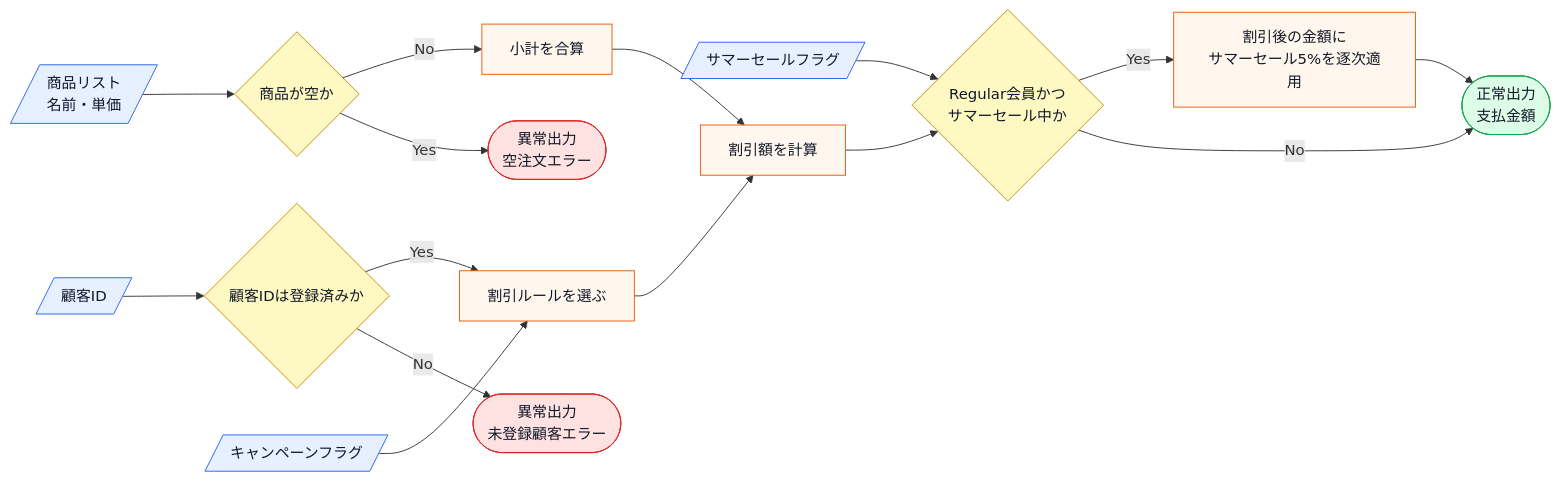
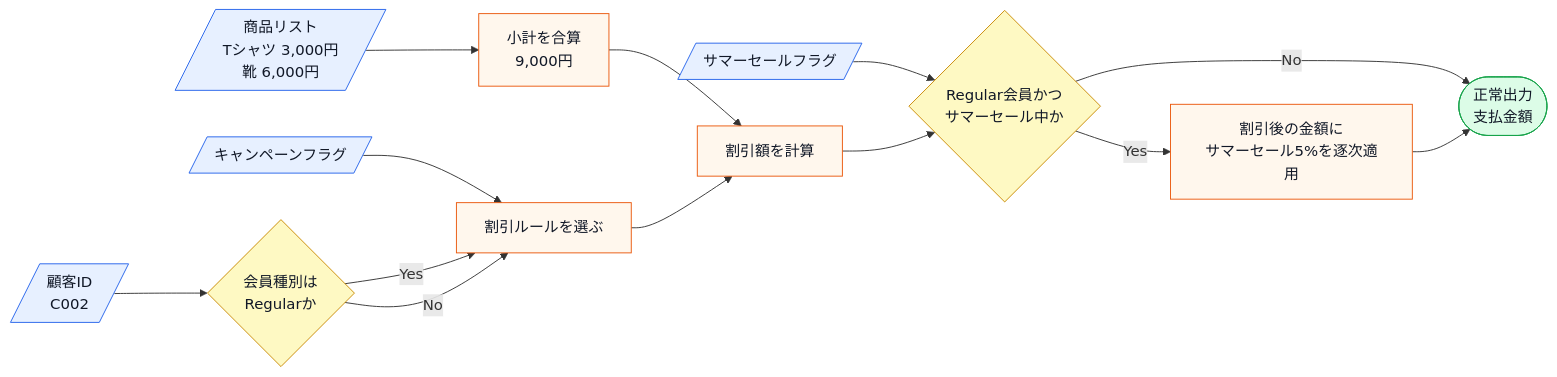
The third of 7 diagrams in kindle/design-patterns/output/chapter01.md (kumachan1101-pixel/DesignPattern), drawn with Mermaid before and after one commit. The commit also changed other lines of this file and 1 other file, not shown here.

Commit message:
docs: 仕様図診断と第1章の正常系分離を反映

````diff
--- a/kindle/design-patterns/output/chapter01.md
+++ b/kindle/design-patterns/output/chapter01.md
@@ -583,23 +582,20 @@
 ```mermaid
 flowchart LR
-    A[/商品リスト<br>名前・単価/]:::input --> B{商品が空か}:::decision
-    C[/顧客ID/]:::input --> D{顧客IDは登録済みか}:::decision
+    A[/商品リスト<br>Tシャツ 3,000円<br>靴 6,000円/]:::input --> G[小計を合算<br>9,000円]:::process
+    C[/顧客ID<br>C002/]:::input --> D{会員種別は<br>Regularか}:::decision
     E[/キャンペーンフラグ/]:::input --> H[割引ルールを選ぶ]:::process
     S[/サマーセールフラグ/]:::input --> T{Regular会員かつ<br>サマーセール中か}:::decision
-    B -->|No| G[小計を合算]:::process
     D -->|Yes| H
+    D -->|No| H
     G --> I[割引額を計算]:::process
     H --> I
     I --> T
     T -->|Yes| U[割引後の金額に<br>サマーセール5%を逐次適用]:::process
     T -->|No| J([正常出力<br>支払金額]):::normal
     U --> J
-    B -->|Yes| K([異常出力<br>空注文エラー]):::error
-    D -->|No| L([異常出力<br>未登録顧客エラー]):::error
 
     classDef input fill:#e7f0ff,stroke:#2563eb,color:#111827;
     classDef process fill:#fff7ed,stroke:#ea580c,color:#111827;
     classDef decision fill:#fef9c3,stroke:#ca8a04,color:#111827;
     classDef normal fill:#dcfce7,stroke:#16a34a,color:#111827;
-    classDef error fill:#fee2e2,stroke:#dc2626,color:#111827;
 ```
````
